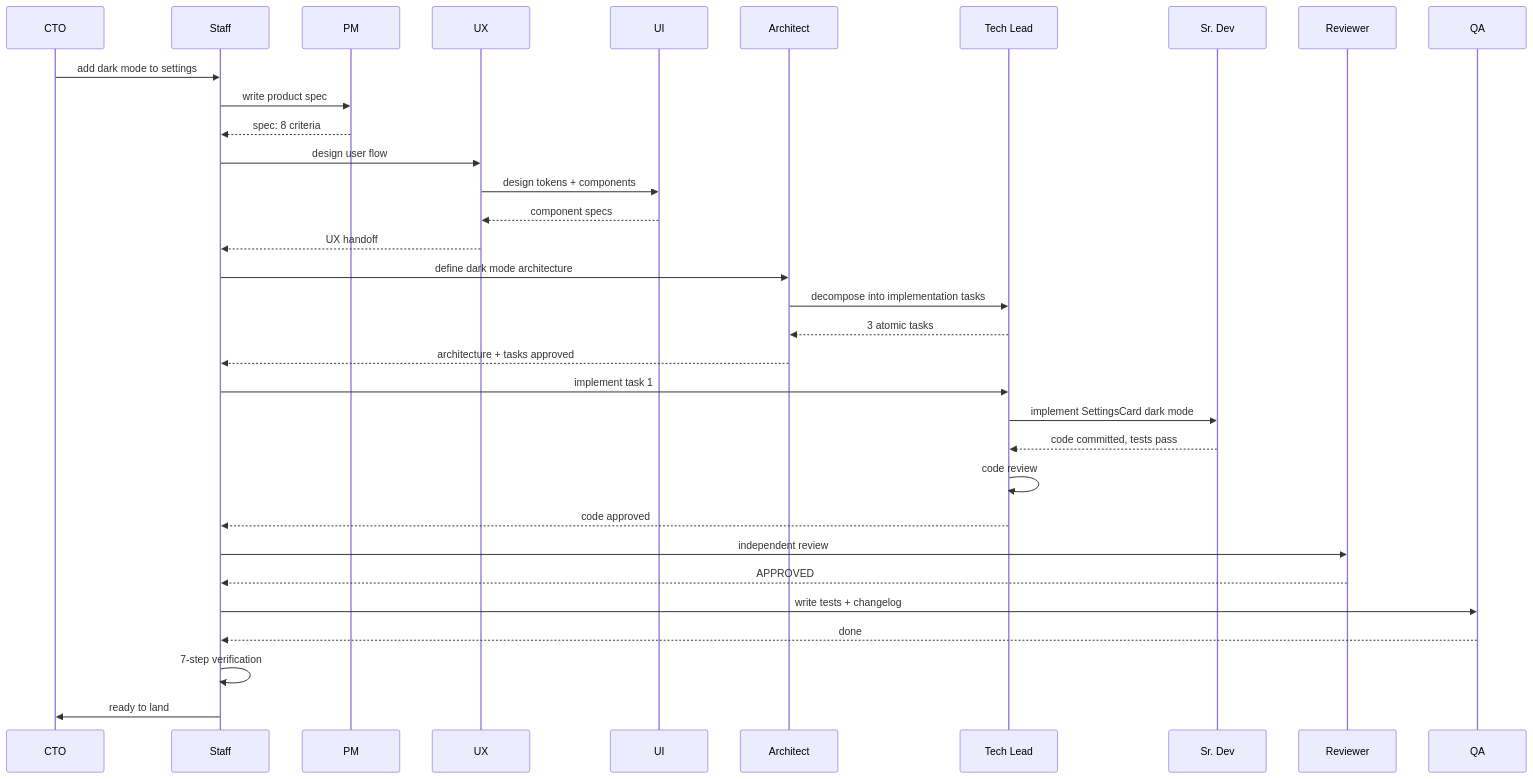
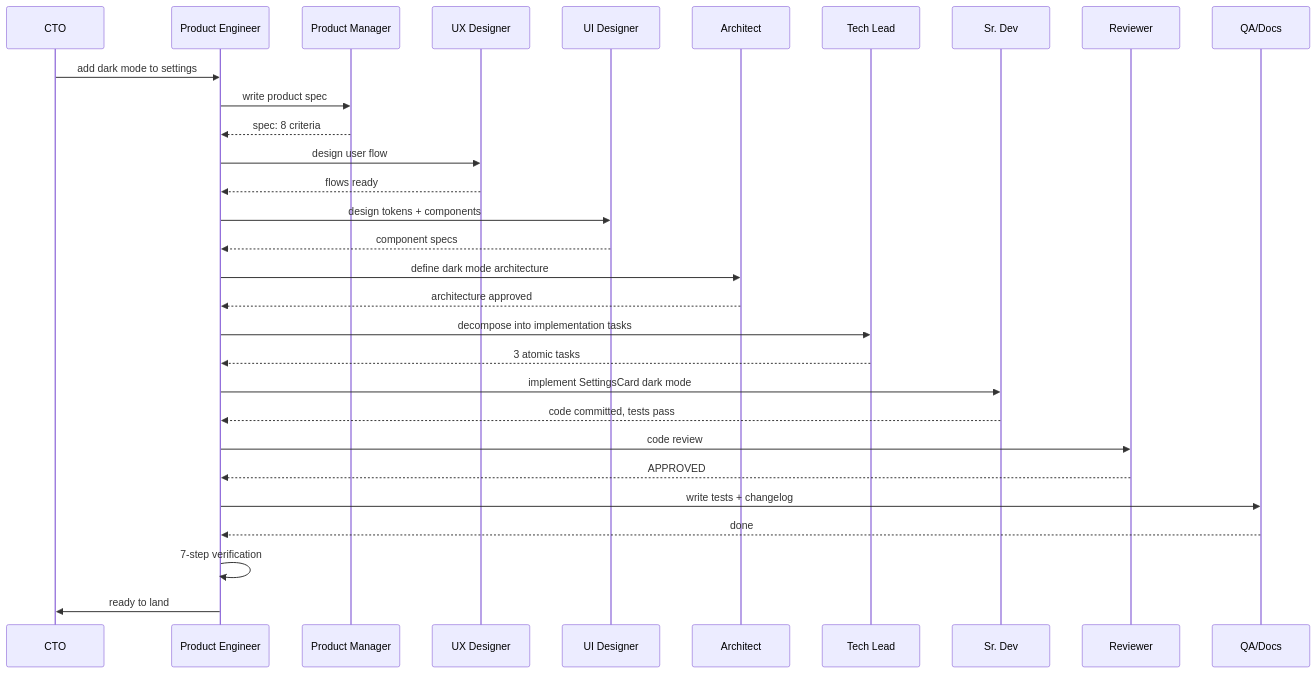
Before and after one commit to antonygiomarxdev/mill: the third of 3 diagrams in .mill/docs/ORG-CHART.md, drawn with Mermaid. The commit also changed other lines of this file, not shown here.

````diff
--- a/.mill/docs/ORG-CHART.md
+++ b/.mill/docs/ORG-CHART.md
@@ -106,44 +86,42 @@
 ```mermaid
 sequenceDiagram
     participant CTO
-    participant Staff
-    participant PM
-    participant UX
-    participant UI
-    participant Arch as Architect
-    participant TL as Tech Lead
-    participant SD as Sr. Dev
-    participant Rev as Reviewer
-    participant QA
-    
-    CTO->>Staff: add dark mode to settings
-    
-    Staff->>PM: write product spec
-    PM-->>Staff: spec: 8 criteria
-    
-    Staff->>UX: design user flow
-    UX->>UI: design tokens + components
-    UI-->>UX: component specs
-    UX-->>Staff: UX handoff
-    
-    Staff->>Arch: define dark mode architecture
-    Arch->>TL: decompose into implementation tasks
-    TL-->>Arch: 3 atomic tasks
-    Arch-->>Staff: architecture + tasks approved
-    
-    Staff->>TL: implement task 1
-    TL->>SD: implement SettingsCard dark mode
-    SD-->>TL: code committed, tests pass
-    
-    TL->>TL: code review
-    TL-->>Staff: code approved
-    
-    Staff->>Rev: independent review
-    Rev-->>Staff: APPROVED
-    
-    Staff->>QA: write tests + changelog
-    QA-->>Staff: done
-    
-    Staff->>Staff: 7-step verification
-    Staff->>CTO: ready to land
+    participant PE as Product Engineer
+    participant pman as Product Manager
+    participant uxd as UX Designer
+    participant uied as UI Designer
+    participant archi as Architect
+    participant tlead as Tech Lead
+    participant sdev as Sr. Dev
+    participant revr as Reviewer
+    participant qad as QA/Docs
+
+    CTO->>PE: add dark mode to settings
+
+    PE->>pman: write product spec
+    pman-->>PE: spec: 8 criteria
+
+    PE->>uxd: design user flow
+    uxd-->>PE: flows ready
+
+    PE->>uied: design tokens + components
+    uied-->>PE: component specs
+
+    PE->>archi: define dark mode architecture
+    archi-->>PE: architecture approved
+
+    PE->>tlead: decompose into implementation tasks
+    tlead-->>PE: 3 atomic tasks
+
+    PE->>sdev: implement SettingsCard dark mode
+    sdev-->>PE: code committed, tests pass
+
+    PE->>revr: code review
+    revr-->>PE: APPROVED
+
+    PE->>qad: write tests + changelog
+    qad-->>PE: done
+
+    PE->>PE: 7-step verification
+    PE->>CTO: ready to land
 ```
````
